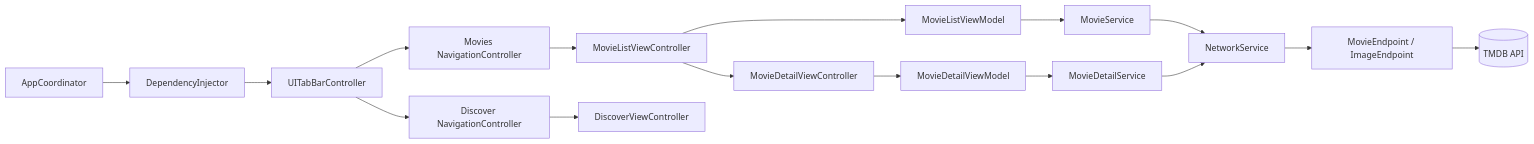
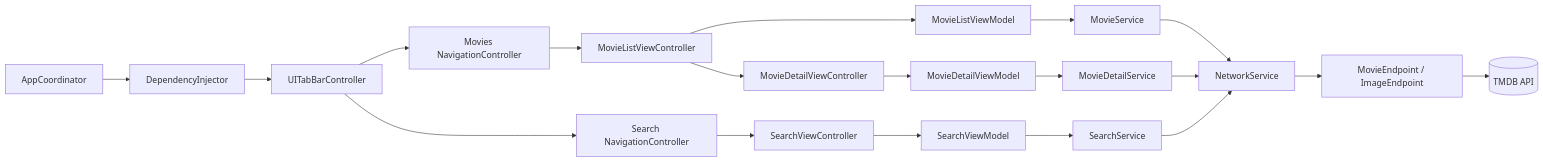
One commit to emrekr/TheMovieDB-MVVM changed the diagram in README.md. Above: the diagram before and after it, drawn with Mermaid. The commit also changed other lines of this file and 11 other files, not shown here.

````diff
--- a/README.md
+++ b/README.md
@@ -74,20 +75,23 @@
 ```mermaid
 flowchart LR
     A[AppCoordinator] --> B[DependencyInjector]
     B --> T[UITabBarController]
     T --> M[Movies NavigationController]
     M --> C[MovieListViewController]
     C --> D[MovieListViewModel]
     D --> E[MovieService]
     E --> F[NetworkService]
     F --> G[MovieEndpoint / ImageEndpoint]
     G --> H[(TMDB API)]
 
-    T --> X[Discover NavigationController]
-    X --> Y[DiscoverViewController]
+    T --> S[Search NavigationController]
+    S --> SC[SearchViewController]
+    SC --> SV[SearchViewModel]
+    SV --> SS[SearchService]
+    SS --> F
 
     C --> I[MovieDetailViewController]
     I --> J[MovieDetailViewModel]
     J --> K[MovieDetailService]
     K --> F
 ```
````
